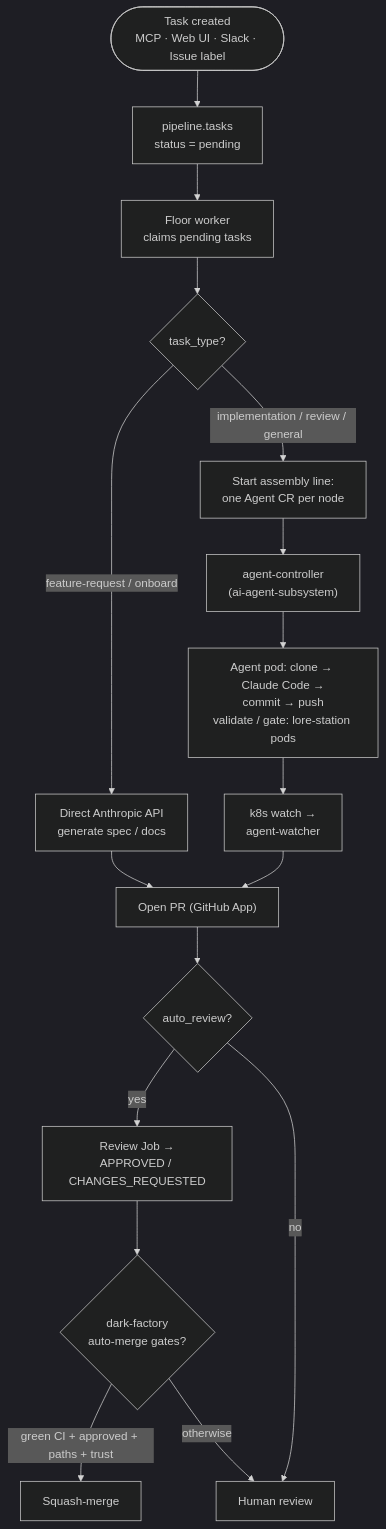
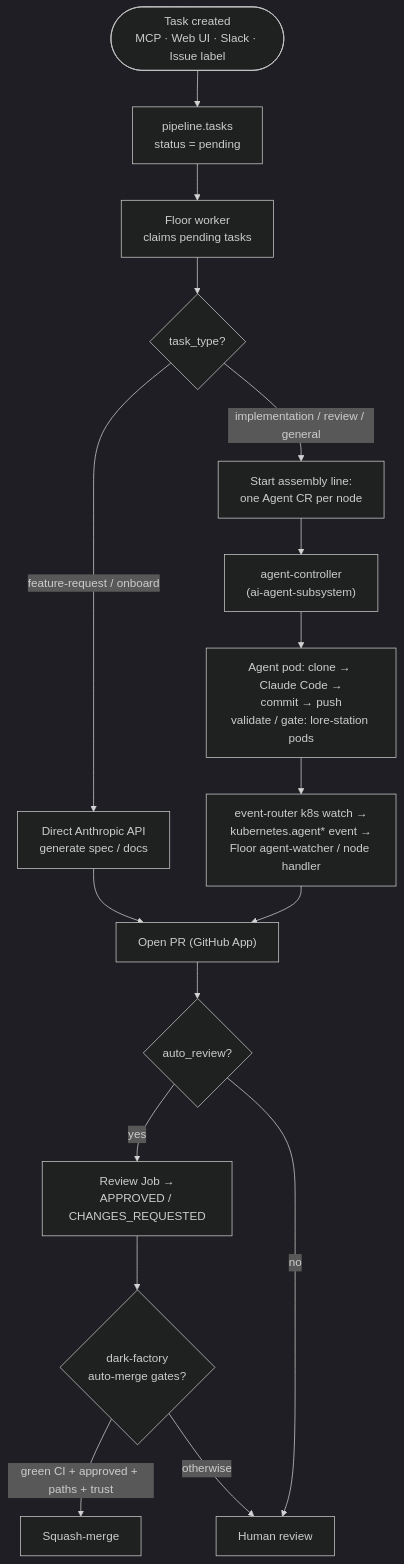
The second of 3 diagrams in docs/building-lore/architecture.md (re-cinq/lore), drawn with Mermaid (dark theme) before and after one commit. The commit also changed other lines of this file and 5 other files, not shown here.

First line of the commit message:
docs: correct the architecture docs for event-router, cluster-agent, and stations

````diff
--- a/docs/building-lore/architecture.md
+++ b/docs/building-lore/architecture.md
@@ -58,19 +75,19 @@
 ```mermaid
 flowchart TB
     START(["Task created<br/>MCP · Web UI · Slack · Issue label"]) --> Q["pipeline.tasks<br/>status = pending"]
     Q --> W["Floor worker<br/>claims pending tasks"]
     W --> TYPE{"task_type?"}
     TYPE -->|"feature-request / onboard"| LLM["Direct Anthropic API<br/>generate spec / docs"]
     TYPE -->|"implementation / review / general"| CR["Start assembly line:<br/>one Agent CR per node"]
     CR --> CTRL["agent-controller<br/>(ai-agent-subsystem)"]
     CTRL --> POD["Agent pod: clone → Claude Code →<br/>commit → push<br/>validate / gate: lore-station pods"]
-    POD --> WATCH["k8s watch →<br/>agent-watcher"]
+    POD --> WATCH["event-router k8s watch →<br/>kubernetes.agent* event →<br/>Floor agent-watcher / node handler"]
     LLM --> PR["Open PR (GitHub App)"]
     WATCH --> PR
     PR --> REVIEW{"auto_review?"}
     REVIEW -->|"yes"| RR["Review Job →<br/>APPROVED / CHANGES_REQUESTED"]
     REVIEW -->|"no"| HUMAN["Human review"]
     RR --> MERGE{"dark-factory<br/>auto-merge gates?"}
     MERGE -->|"green CI + approved + paths + trust"| SQUASH["Squash-merge"]
     MERGE -->|"otherwise"| HUMAN
 ```
````
